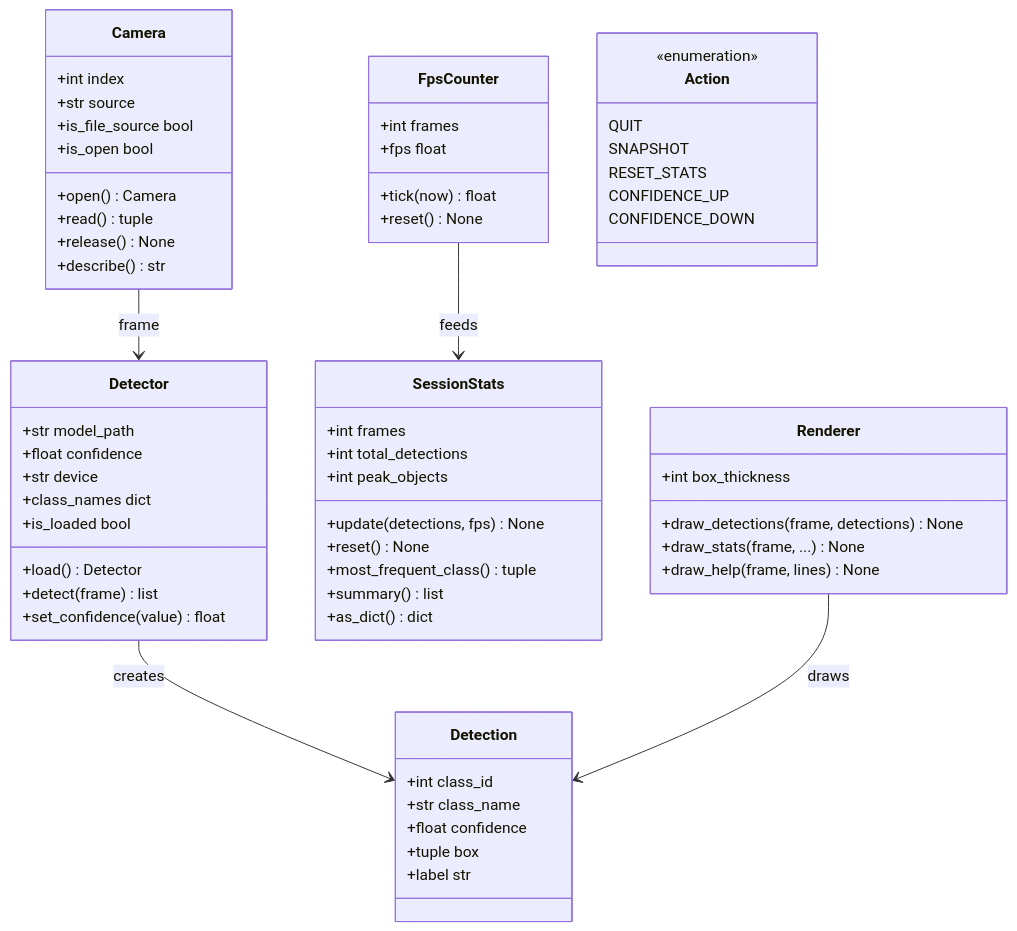
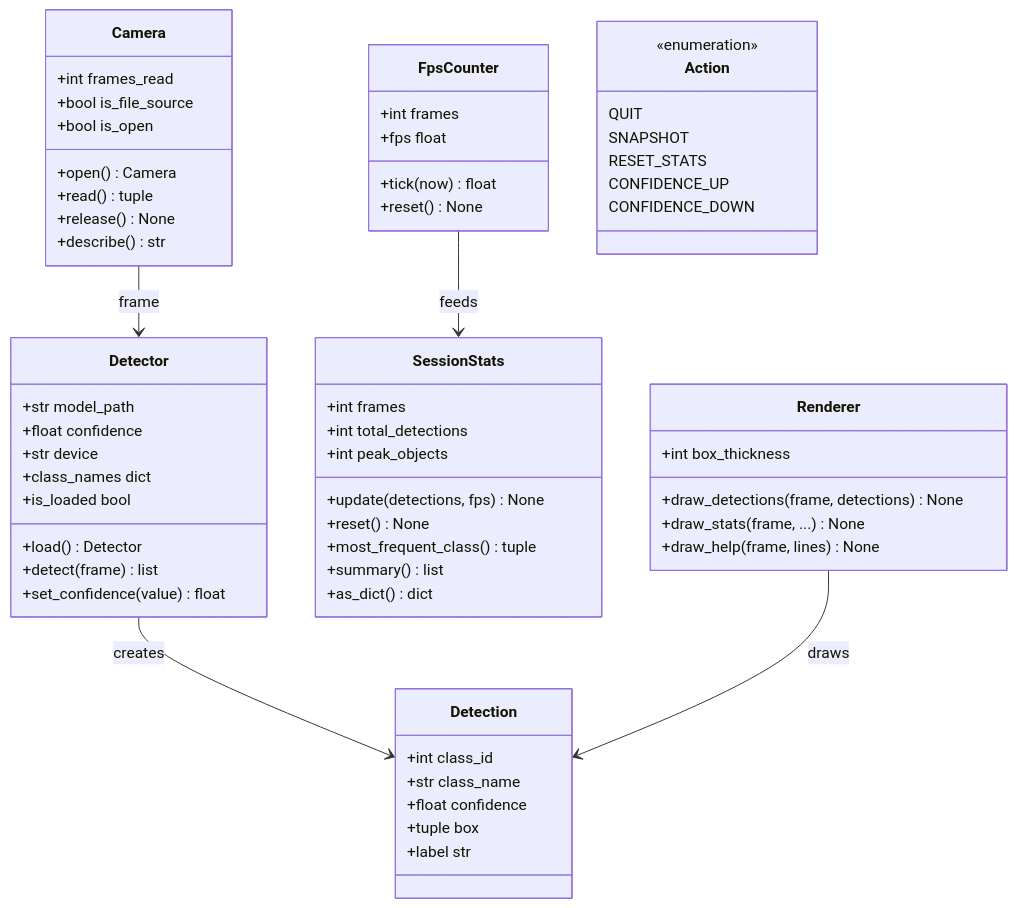
The diagram in docs/diagrams/component.mmd (Abhijai10/real-time-object-detection-yolo11), drawn with Mermaid before and after one commit. The commit also changed 3 other files, not shown here.

First line of the commit message:
Correct the YOLO11 citation, sample session and diagram details

```diff
--- a/docs/diagrams/component.mmd
+++ b/docs/diagrams/component.mmd
@@ -1,69 +1,68 @@
 classDiagram
     class Camera {
-        +int index
-        +str source
+        +int frames_read
+        +bool is_file_source
+        +bool is_open
         +open() Camera
         +read() tuple
         +release() None
         +describe() str
-        +is_file_source bool
-        +is_open bool
     }
 
     class Detector {
         +str model_path
         +float confidence
         +str device
         +load() Detector
         +detect(frame) list
         +set_confidence(value) float
         +class_names dict
         +is_loaded bool
     }
 
     class Detection {
         +int class_id
         +str class_name
         +float confidence
         +tuple box
         +label str
     }
 
     class FpsCounter {
         +int frames
         +tick(now) float
         +fps float
         +reset() None
     }
 
     class SessionStats {
         +int frames
         +int total_detections
         +int peak_objects
         +update(detections, fps) None
         +reset() None
         +most_frequent_class() tuple
         +summary() list
         +as_dict() dict
     }
 
     class Renderer {
         +int box_thickness
         +draw_detections(frame, detections) None
         +draw_stats(frame, ...) None
         +draw_help(frame, lines) None
     }
 
     class Action {
         <<enumeration>>
         QUIT
         SNAPSHOT
         RESET_STATS
         CONFIDENCE_UP
         CONFIDENCE_DOWN
     }
 
     Detector --> Detection : creates
     FpsCounter --> SessionStats : feeds
     Renderer --> Detection : draws
     Camera --> Detector : frame
```
